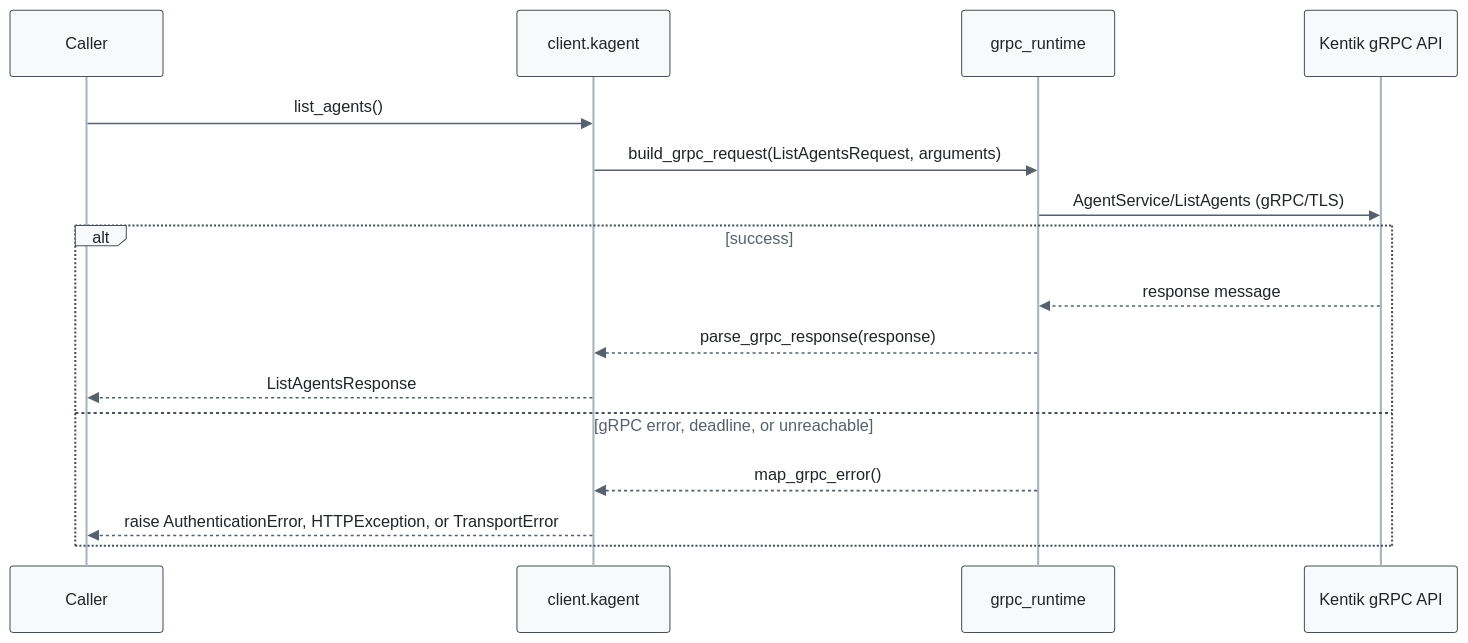
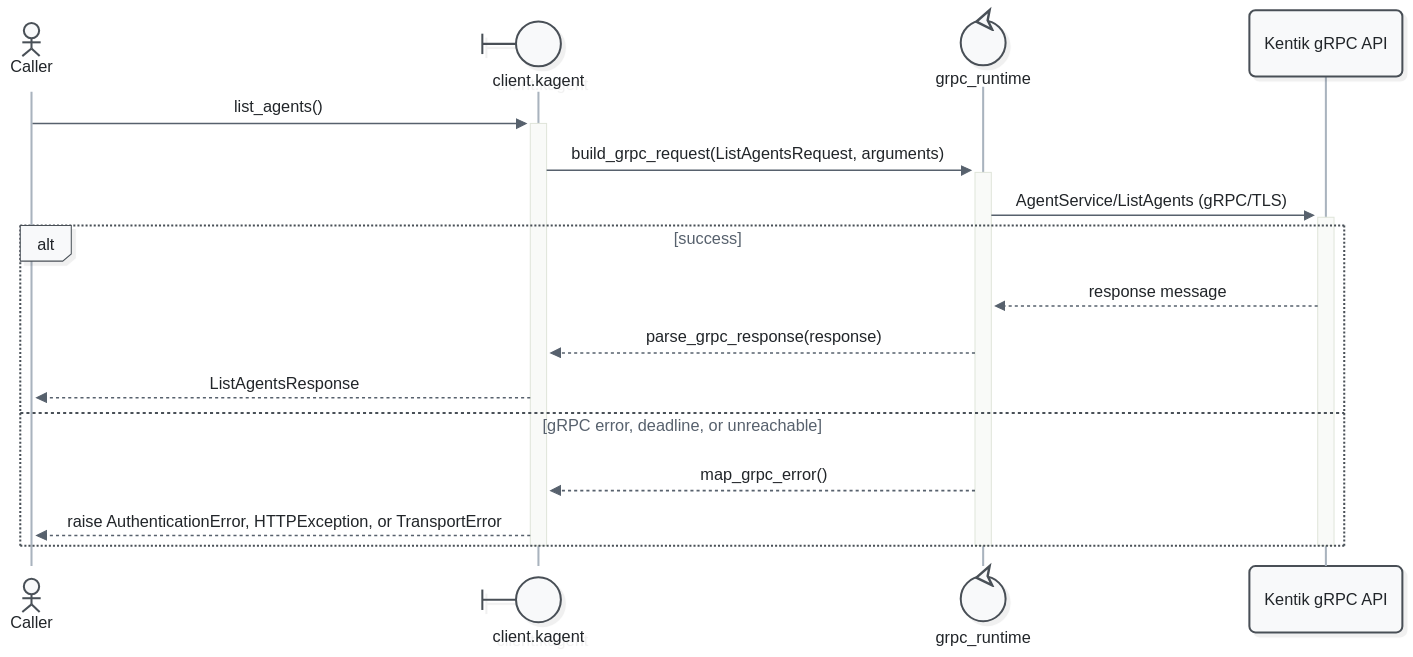
The second of 57 diagrams in docs/sphinx/services/kagent.md (alexdearaujo/community_sdk_python), drawn with Mermaid before and after one commit. The commit also changed other lines of this file and 52 other files, not shown here.

First line of the commit message:
docs: Mermaid 12 sequence diagrams with participant types and path colors

````diff
--- a/docs/sphinx/services/kagent.md
+++ b/docs/sphinx/services/kagent.md
@@ -57,20 +59,23 @@
 ```mermaid
-%%{init: {"theme": "base", "fontFamily": "ui-monospace, SFMono-Regular, Menlo, monospace", "themeVariables": {"fontFamily": "ui-monospace, SFMono-Regular, Menlo, monospace", "primaryColor": "#f8f9fa", "primaryBorderColor": "#495057", "primaryTextColor": "#212529", "textColor": "#212529", "lineColor": "#77818c", "edgeLabelBackground": "#ffffff", "actorBkg": "#f8f9fa", "actorBorder": "#495057", "actorTextColor": "#212529", "actorLineColor": "#a9b3be", "signalColor": "#57616d", "signalTextColor": "#212529", "labelBoxBkgColor": "#f8f9fa", "labelBoxBorderColor": "#495057", "labelTextColor": "#212529", "loopTextColor": "#57616d", "noteBkgColor": "#fff9db", "noteBorderColor": "#f08c00", "noteTextColor": "#a35a00"}, "flowchart": {"curve": "step", "nodeSpacing": 30, "rankSpacing": 70, "wrappingWidth": 400}}}%%
+%%{init: {"theme": "redux", "look": "neo", "layout": "dagre", "fontFamily": "ui-monospace, SFMono-Regular, Menlo, monospace", "themeVariables": {"fontFamily": "ui-monospace, SFMono-Regular, Menlo, monospace", "primaryColor": "#f8f9fa", "primaryBorderColor": "#495057", "primaryTextColor": "#212529", "textColor": "#212529", "lineColor": "#77818c", "edgeLabelBackground": "#ffffff", "actorBkg": "#f8f9fa", "actorBorder": "#495057", "actorTextColor": "#212529", "actorLineColor": "#a9b3be", "signalColor": "#57616d", "signalTextColor": "#212529", "labelBoxBkgColor": "#f8f9fa", "labelBoxBorderColor": "#495057", "labelTextColor": "#212529", "loopTextColor": "#57616d", "noteBkgColor": "#fff9db", "noteBorderColor": "#f08c00", "noteTextColor": "#a35a00"}, "sequence": {"activationWidth": 16}, "flowchart": {"curve": "step", "nodeSpacing": 30, "rankSpacing": 70, "wrappingWidth": 400}}}%%
 sequenceDiagram
-    participant C as Caller
-    participant W as client.kagent
-    participant R as grpc_runtime
+    actor C as Caller
+    participant W@{ "type": "boundary" } as client.kagent
+    participant R@{ "type": "control" } as grpc_runtime
     participant API as Kentik gRPC API
 
-    C->>W: list_agents()
-    W->>R: build_grpc_request(ListAgentsRequest, arguments)
-    R->>API: AgentService/ListAgents (gRPC/TLS)
+    C->>+W: list_agents()
+    W->>+R: build_grpc_request(ListAgentsRequest, arguments)
+    R->>+API: AgentService/ListAgents (gRPC/TLS)
     alt success
         API-->>R: response message
         R-->>W: parse_grpc_response(response)
         W-->>C: ListAgentsResponse
     else gRPC error, deadline, or unreachable
         R-->>W: map_grpc_error()
         W-->>C: raise AuthenticationError, HTTPException, or TransportError
     end
+    deactivate API
+    deactivate R
+    deactivate W
 ```
````
